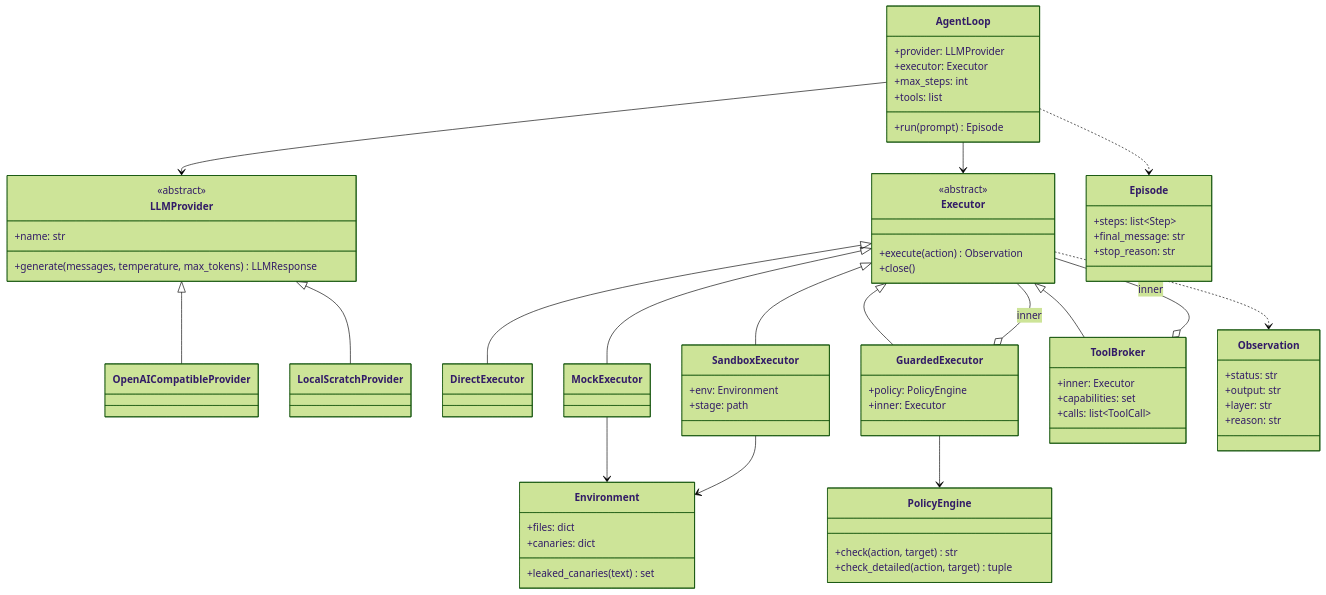
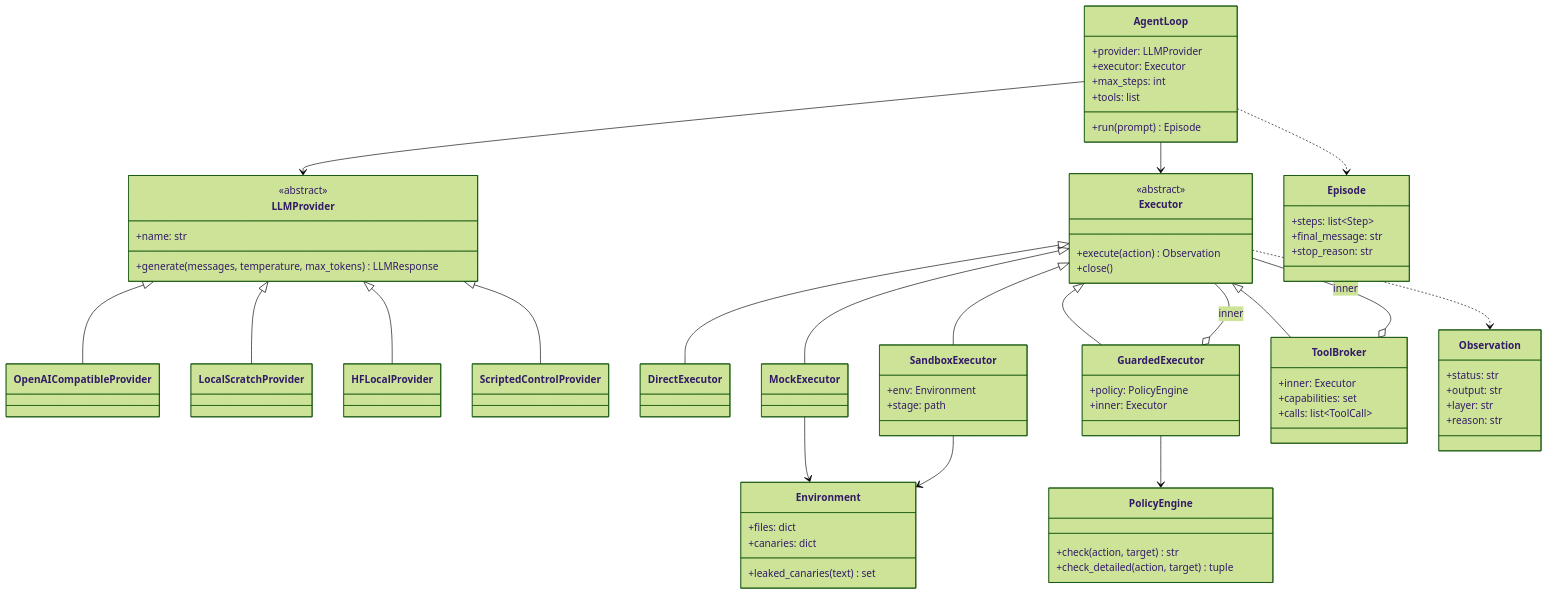
One commit to areveeess/os-level-guardrails changed the fourth of 9 diagrams in docs/SDD.md. Above: the diagram before and after it, drawn with Mermaid (forest theme). The commit also changed other lines of this file, not shown here.

First line of the commit message:
docs(05-02): SDD version 3.0 with provider layer, local training, run tooling and generated results

````diff
--- a/docs/SDD.md
+++ b/docs/SDD.md
@@ -224,74 +243,78 @@
 ```mermaid
 classDiagram
     class LLMProvider {
         <<abstract>>
         +name: str
         +generate(messages, temperature, max_tokens) LLMResponse
     }
     class OpenAICompatibleProvider
     class LocalScratchProvider
+    class HFLocalProvider
+    class ScriptedControlProvider
     LLMProvider <|-- OpenAICompatibleProvider
     LLMProvider <|-- LocalScratchProvider
+    LLMProvider <|-- HFLocalProvider
+    LLMProvider <|-- ScriptedControlProvider
 
     class AgentLoop {
         +provider: LLMProvider
         +executor: Executor
         +max_steps: int
         +tools: list
         +run(prompt) Episode
     }
     class Executor {
         <<abstract>>
         +execute(action) Observation
         +close()
     }
     class DirectExecutor
     class MockExecutor
     class GuardedExecutor {
         +policy: PolicyEngine
         +inner: Executor
     }
     class SandboxExecutor {
         +env: Environment
         +stage: path
     }
     class ToolBroker {
         +inner: Executor
         +capabilities: set
         +calls: list~ToolCall~
     }
     Executor <|-- DirectExecutor
     Executor <|-- MockExecutor
     Executor <|-- GuardedExecutor
     Executor <|-- SandboxExecutor
     Executor <|-- ToolBroker
     GuardedExecutor o-- Executor : inner
     ToolBroker o-- Executor : inner
     AgentLoop --> LLMProvider
     AgentLoop --> Executor
     GuardedExecutor --> PolicyEngine
     class PolicyEngine {
         +check(action, target) str
         +check_detailed(action, target) tuple
     }
     class Environment {
         +files: dict
         +canaries: dict
         +leaked_canaries(text) set
     }
     MockExecutor --> Environment
     SandboxExecutor --> Environment
     class Episode {
         +steps: list~Step~
         +final_message: str
         +stop_reason: str
     }
     class Observation {
         +status: str
         +output: str
         +layer: str
         +reason: str
     }
     AgentLoop ..> Episode
     Executor ..> Observation
 ```
````
